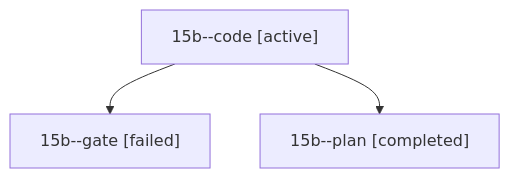
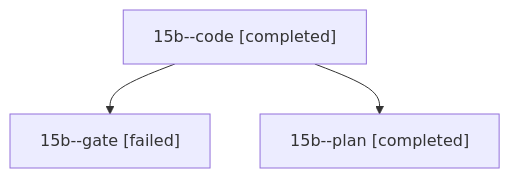
One commit to sase-org/sase--agents changed the diagram in sessions/bbugyi200.athena.15b.md. Above: the diagram before and after it, drawn with Mermaid. The commit also changed other lines of this file and 15 other files, not shown here.

````diff
--- a/sessions/bbugyi200.athena.15b.md
+++ b/sessions/bbugyi200.athena.15b.md
@@ -9,8 +9,8 @@
 ```mermaid
 flowchart TD
-  n0["15b--code [active]"]
+  n0["15b--code [completed]"]
   n1["15b--gate [failed]"]
   n0 --> n1
   n2["15b--plan [completed]"]
   n0 --> n2
 ```
````
